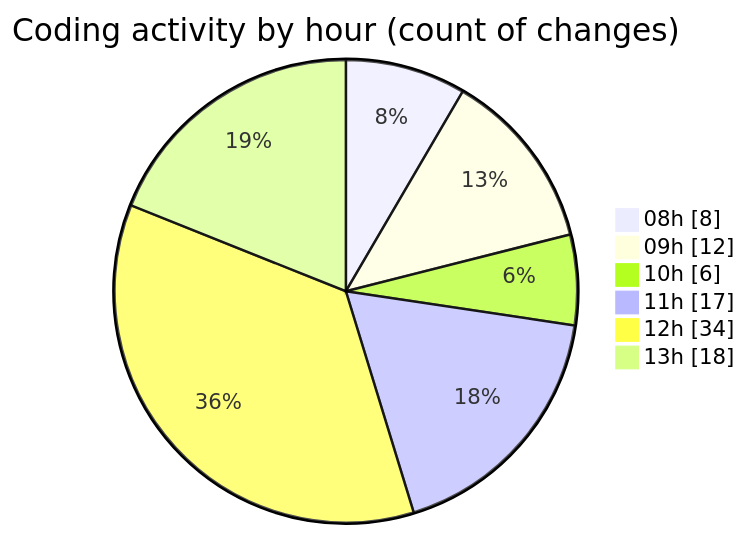
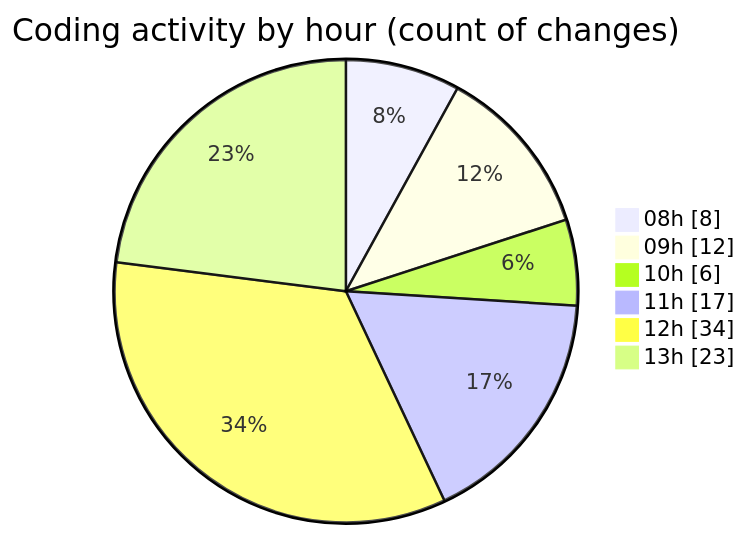
Before and after one commit to momahboobian/code-tracking: the second of 2 diagrams in 2025-09-15/cda/README.md, drawn with Mermaid. The commit also changed other lines of this file and 1 other file, not shown here.

````diff
--- a/2025-09-15/cda/README.md
+++ b/2025-09-15/cda/README.md
@@ -35,10 +35,10 @@
 ```mermaid
 pie showData
 title Coding activity by hour (count of changes)
 "08h" : 8
 "09h" : 12
 "10h" : 6
 "11h" : 17
 "12h" : 34
-"13h" : 18
+"13h" : 23
 ```
````
